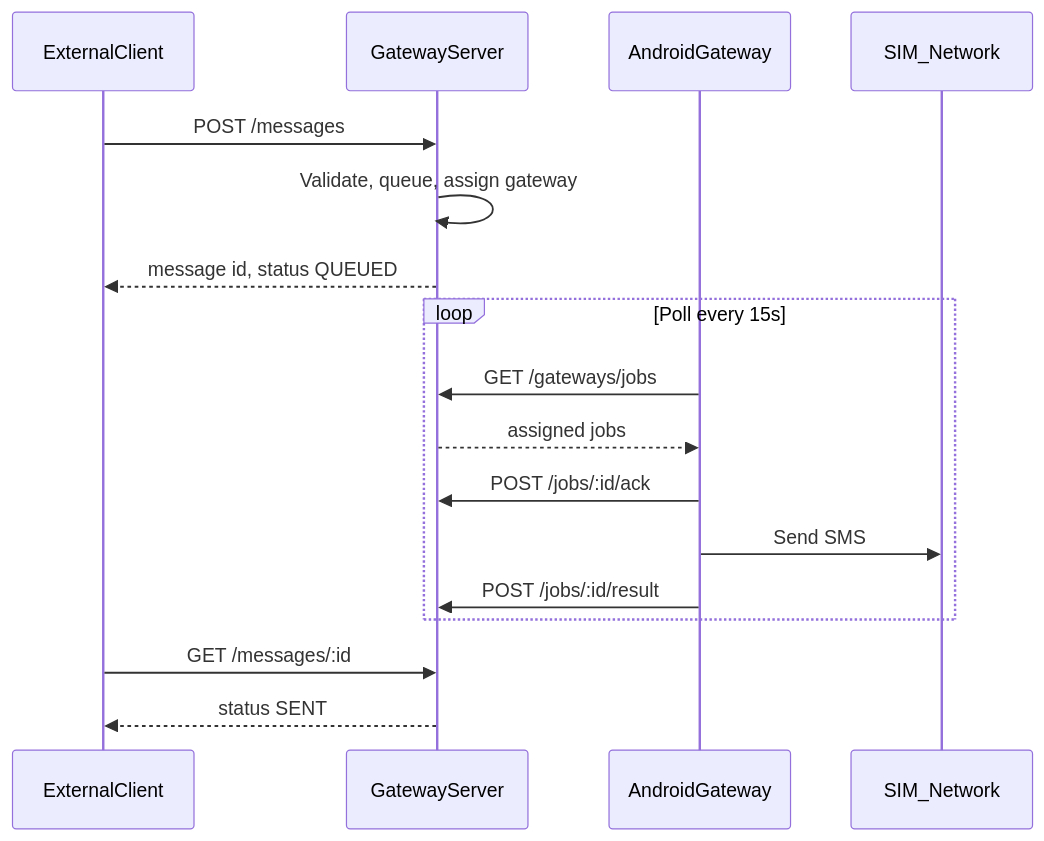
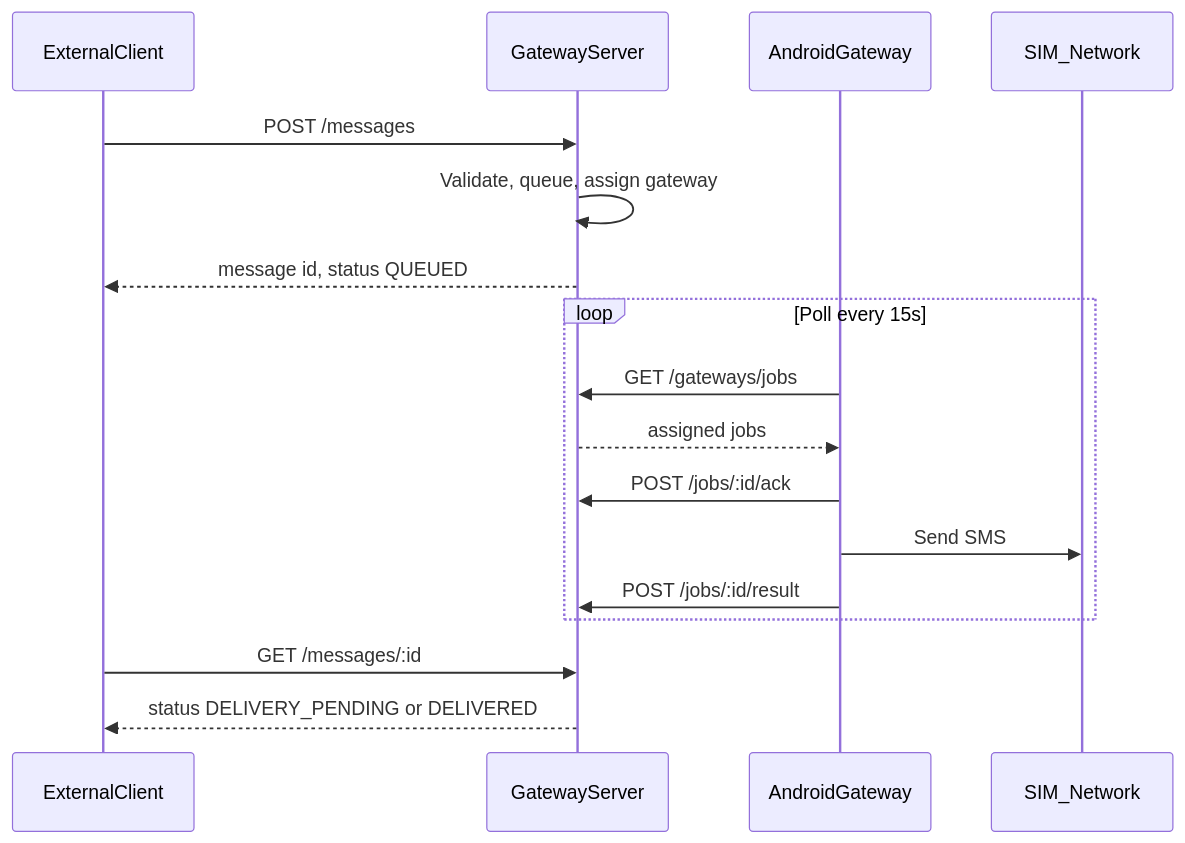
Before and after one commit to pramay88/OpenSMS: the first of 3 diagrams in docs/ARCHITECTURE.md, drawn with Mermaid. The commit also changed other lines of this file and 25 other files, not shown here.

````diff
--- a/docs/ARCHITECTURE.md
+++ b/docs/ARCHITECTURE.md
@@ -9,22 +9,22 @@
 ```mermaid
 sequenceDiagram
     participant Client as ExternalClient
     participant Server as GatewayServer
     participant Android as AndroidGateway
     participant SIM as SIM_Network
 
     Client->>Server: POST /messages
     Server->>Server: Validate, queue, assign gateway
     Server-->>Client: message id, status QUEUED
 
     loop Poll every 15s
         Android->>Server: GET /gateways/jobs
         Server-->>Android: assigned jobs
         Android->>Server: POST /jobs/:id/ack
         Android->>SIM: Send SMS
         Android->>Server: POST /jobs/:id/result
     end
 
     Client->>Server: GET /messages/:id
-    Server-->>Client: status SENT
+    Server-->>Client: status DELIVERY_PENDING or DELIVERED
 ```
````
